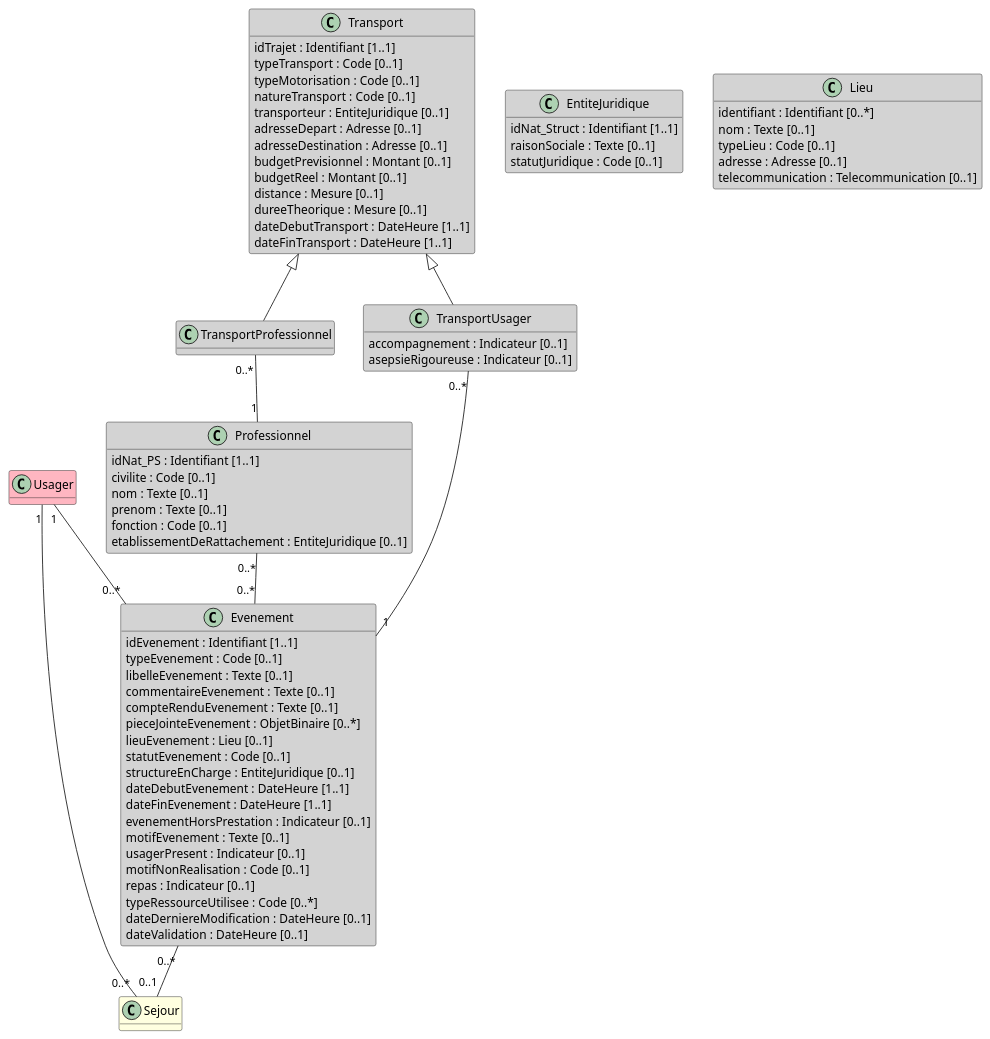
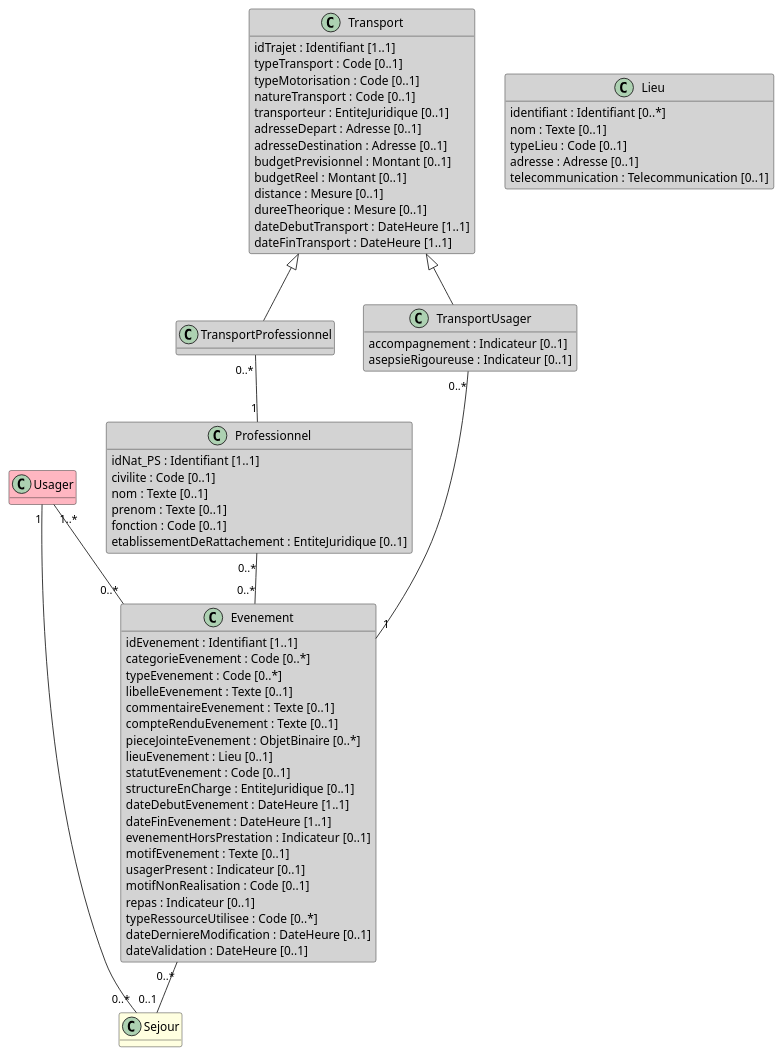
One commit to ansforge/IG-fhir-transfert-donnees-dui-esms changed the diagram in input/images-source/bloc_evenement.plantuml. Above: the diagram before and after it, drawn with PlantUML. The commit also changed 2 other files, not shown here.

```diff
--- a/input/images-source/bloc_evenement.plantuml
+++ b/input/images-source/bloc_evenement.plantuml
@@ -1,88 +1,83 @@
 @startuml
 
 hide empty methods
 
 class Usager #LightPink
 
 class Sejour #LightYellow
 
 class TransportProfessionnel #LightGray
 
 class Professionnel #LightGray {
     idNat_PS : Identifiant [1..1]
     civilite : Code [0..1]
     nom : Texte [0..1]
     prenom : Texte [0..1]
     fonction : Code [0..1]
     etablissementDeRattachement : EntiteJuridique [0..1]
 }
 
 class Transport #LightGray {
     idTrajet : Identifiant [1..1]
     typeTransport : Code [0..1]
     typeMotorisation : Code [0..1]
     natureTransport : Code [0..1]
     transporteur : EntiteJuridique [0..1]
     adresseDepart : Adresse [0..1]
     adresseDestination : Adresse [0..1]
     budgetPrevisionnel : Montant [0..1]
     budgetReel : Montant [0..1]
     distance : Mesure [0..1]
     dureeTheorique : Mesure [0..1]
     dateDebutTransport : DateHeure [1..1]
     dateFinTransport : DateHeure [1..1]
 }
 
 class TransportUsager #LightGray {
     accompagnement : Indicateur [0..1]
     asepsieRigoureuse : Indicateur [0..1]
 }
 
 class Evenement #LightGray {
     idEvenement : Identifiant [1..1]
-    typeEvenement : Code [0..1]
+    categorieEvenement : Code [0..*]
+    typeEvenement : Code [0..*]
     libelleEvenement : Texte [0..1]
     commentaireEvenement : Texte [0..1]
     compteRenduEvenement : Texte [0..1]
     pieceJointeEvenement : ObjetBinaire [0..*]
     lieuEvenement : Lieu [0..1]
     statutEvenement : Code [0..1]
     structureEnCharge : EntiteJuridique [0..1]
     dateDebutEvenement : DateHeure [1..1]
     dateFinEvenement : DateHeure [1..1]
     evenementHorsPrestation : Indicateur [0..1]
     motifEvenement : Texte [0..1]
     usagerPresent : Indicateur [0..1]
     motifNonRealisation : Code [0..1]
     repas : Indicateur [0..1]
     typeRessourceUtilisee : Code [0..*]
     dateDerniereModification : DateHeure [0..1]
     dateValidation : DateHeure [0..1]
 }
 
-class EntiteJuridique #LightGray {
-    idNat_Struct : Identifiant [1..1]
-    raisonSociale : Texte [0..1]
-    statutJuridique : Code [0..1]
-}
-
 class Lieu #LightGray {
     identifiant : Identifiant [0..*]
     nom : Texte [0..1]
     typeLieu : Code [0..1]
     adresse : Adresse [0..1]
     telecommunication : Telecommunication [0..1]
 }
 
 
-Usager "1" -- "0..*" Evenement
+Usager "1..*" -- "0..*" Evenement
 Usager "1" -- "0..*" Sejour
 Evenement "0..*" -- "0..1" Sejour
 Professionnel "0..*" -- "0..*" Evenement
 Transport <|-- TransportProfessionnel
 Transport <|-- TransportUsager
 TransportUsager "0..*" -- "1" Evenement
 TransportProfessionnel "0..*" -- "1" Professionnel
 
 
 @enduml
```
